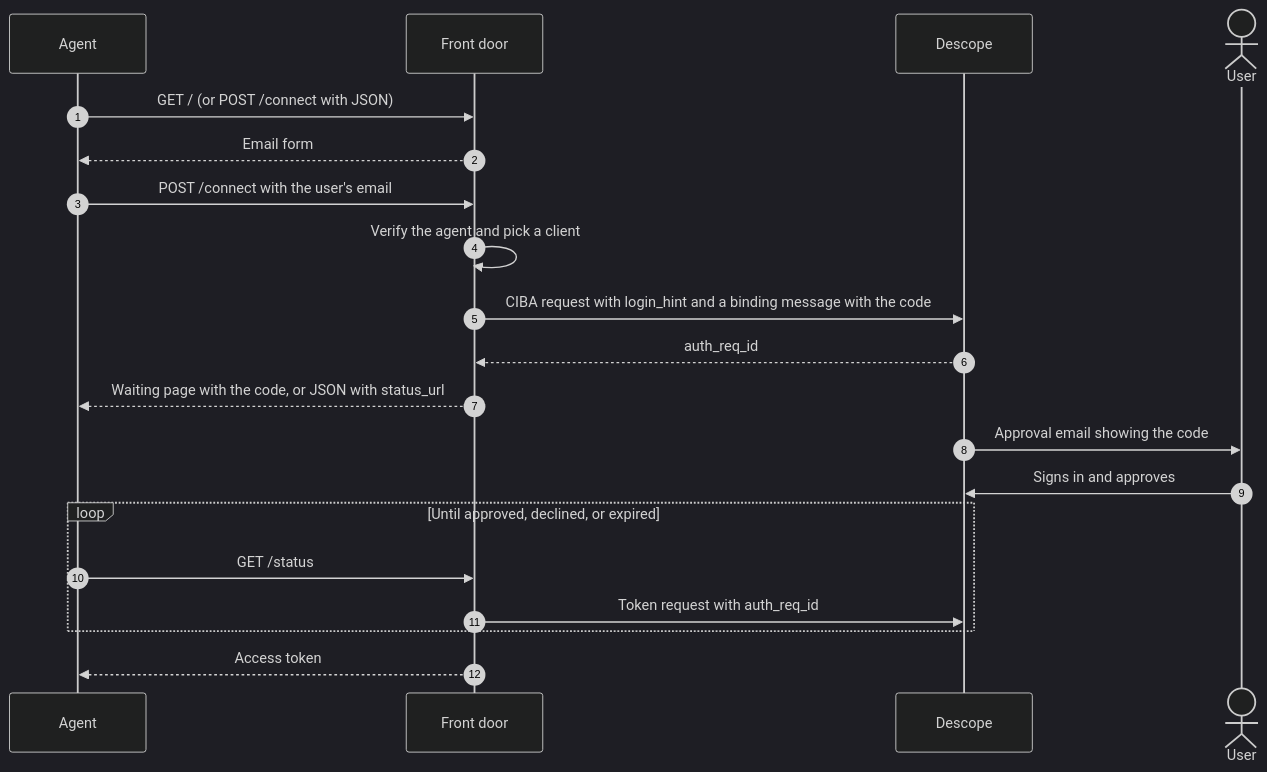
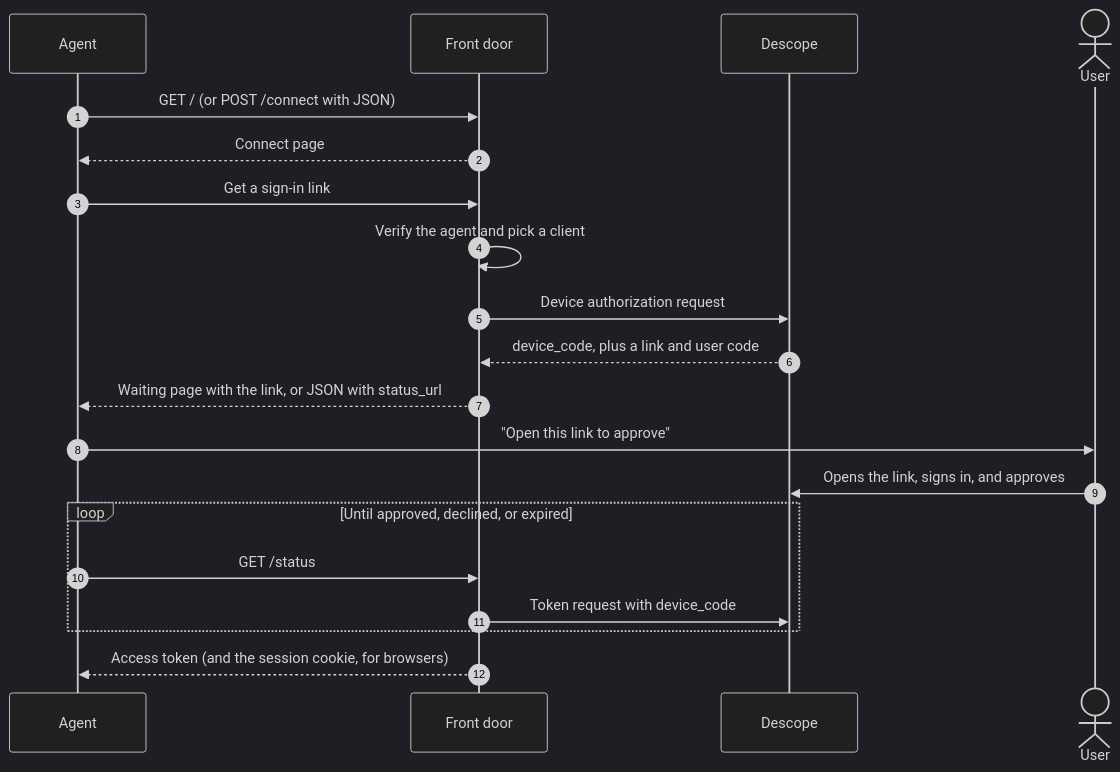
One commit to descope/agent-edge changed the first of 2 diagrams in front-door/README.md. Above: the diagram before and after it, drawn with Mermaid (dark theme). The commit also changed other lines of this file and 9 other files, not shown here.

First line of the commit message:
Device flow for connecting, simpler READMEs, and docs cleanup (#6)

````diff
--- a/front-door/README.md
+++ b/front-door/README.md
@@ -38,22 +43,22 @@
 ```mermaid
 sequenceDiagram
   autonumber
   participant A as Agent
   participant F as Front door
   participant D as Descope
   actor U as User
   A->>F: GET / (or POST /connect with JSON)
-  F-->>A: Email form
-  A->>F: POST /connect with the user's email
+  F-->>A: Connect page
+  A->>F: Get a sign-in link
   F->>F: Verify the agent and pick a client
-  F->>D: CIBA request with login_hint and a binding message with the code
-  D-->>F: auth_req_id
-  F-->>A: Waiting page with the code, or JSON with status_url
-  D->>U: Approval email showing the code
-  U->>D: Signs in and approves
+  F->>D: Device authorization request
+  D-->>F: device_code, plus a link and user code
+  F-->>A: Waiting page with the link, or JSON with status_url
+  A->>U: "Open this link to approve"
+  U->>D: Opens the link, signs in, and approves
   loop Until approved, declined, or expired
     A->>F: GET /status
-    F->>D: Token request with auth_req_id
+    F->>D: Token request with device_code
   end
-  F-->>A: Access token
+  F-->>A: Access token (and the session cookie, for browsers)
 ```
````
